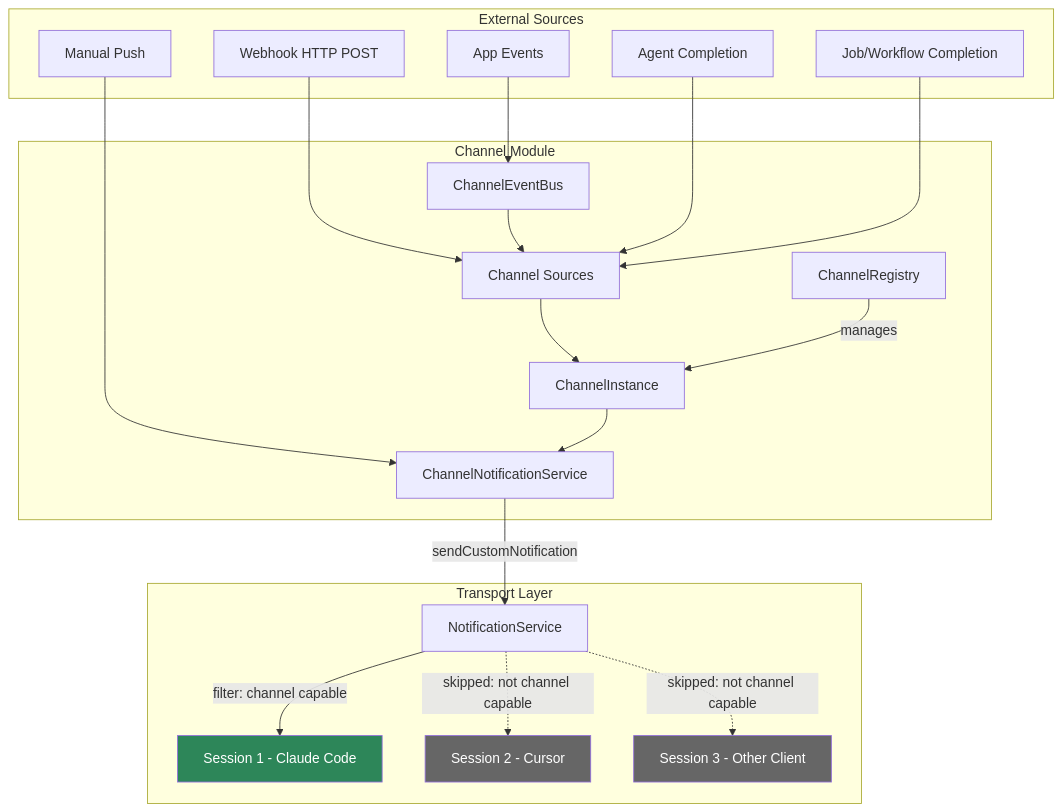
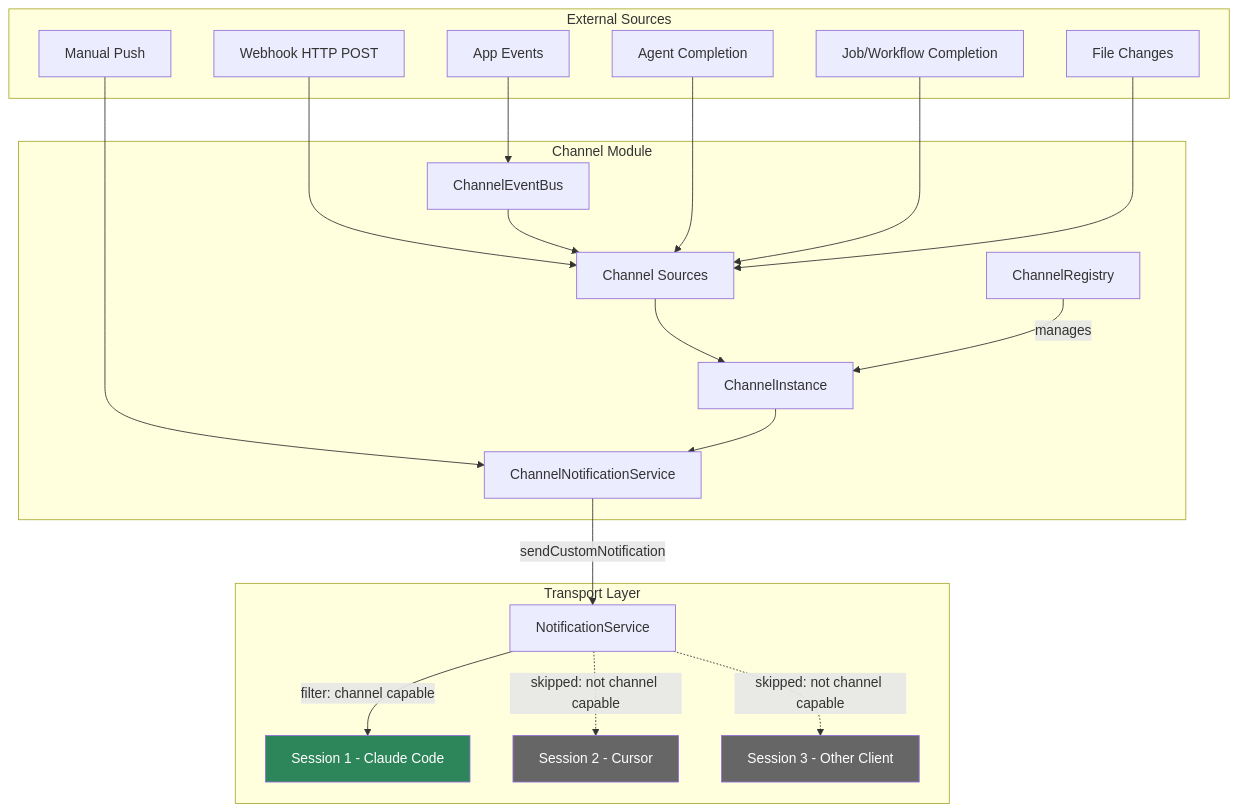
The first of 7 diagrams in libs/sdk/src/channel/README.md (agentfront/frontmcp), drawn with Mermaid before and after one commit. The commit also changed other lines of this file and 19 other files, not shown here.

````diff
--- a/libs/sdk/src/channel/README.md
+++ b/libs/sdk/src/channel/README.md
@@ -7,43 +7,45 @@
 ```mermaid
 graph TB
     subgraph "External Sources"
         WH[Webhook HTTP POST]
         AE[App Events]
         AC[Agent Completion]
         JC[Job/Workflow Completion]
+        FW[File Changes]
         MN[Manual Push]
     end
 
     subgraph "Channel Module"
         CS[Channel Sources]
         CI[ChannelInstance]
         CR[ChannelRegistry]
         CNS[ChannelNotificationService]
         CEB[ChannelEventBus]
     end
 
     subgraph "Transport Layer"
         NS[NotificationService]
         SS1[Session 1 - Claude Code]
         SS2[Session 2 - Cursor]
         SS3[Session 3 - Other Client]
     end
 
     WH --> CS
     AE --> CEB --> CS
     AC --> CS
     JC --> CS
+    FW --> CS
     MN --> CNS
 
     CS --> CI
     CI --> CNS
     CR -->|manages| CI
     CNS -->|sendCustomNotification| NS
     NS -->|filter: channel capable| SS1
     NS -.->|skipped: not channel capable| SS2
     NS -.->|skipped: not channel capable| SS3
 
     style SS1 fill:#2d8659,color:#fff
     style SS2 fill:#666,color:#fff
     style SS3 fill:#666,color:#fff
 ```
````
